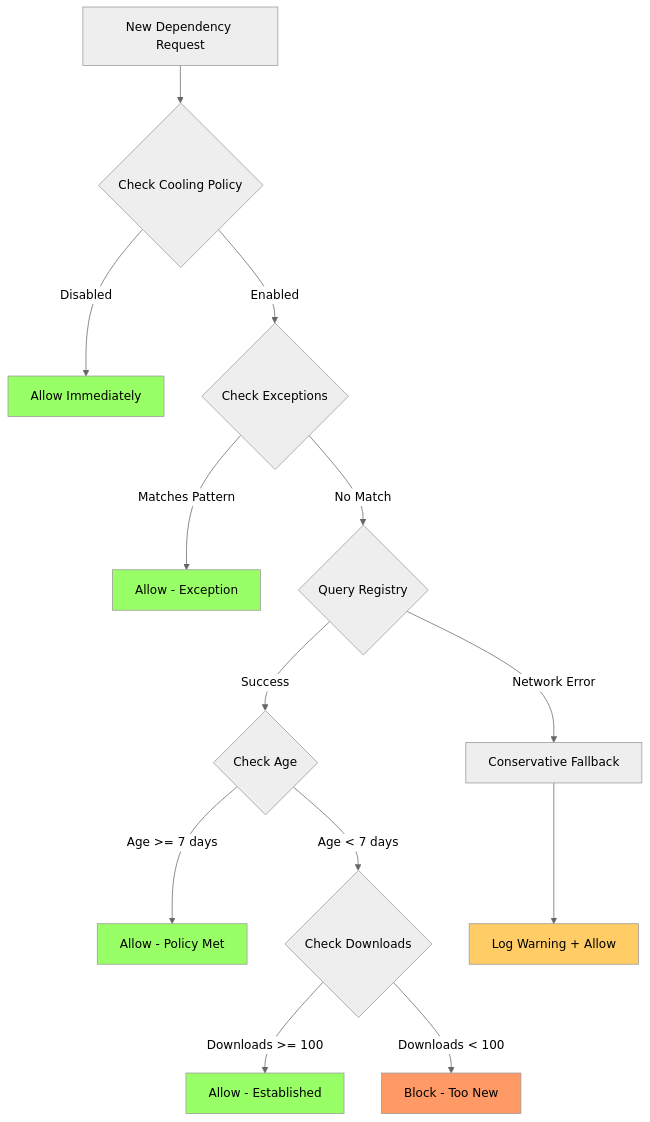
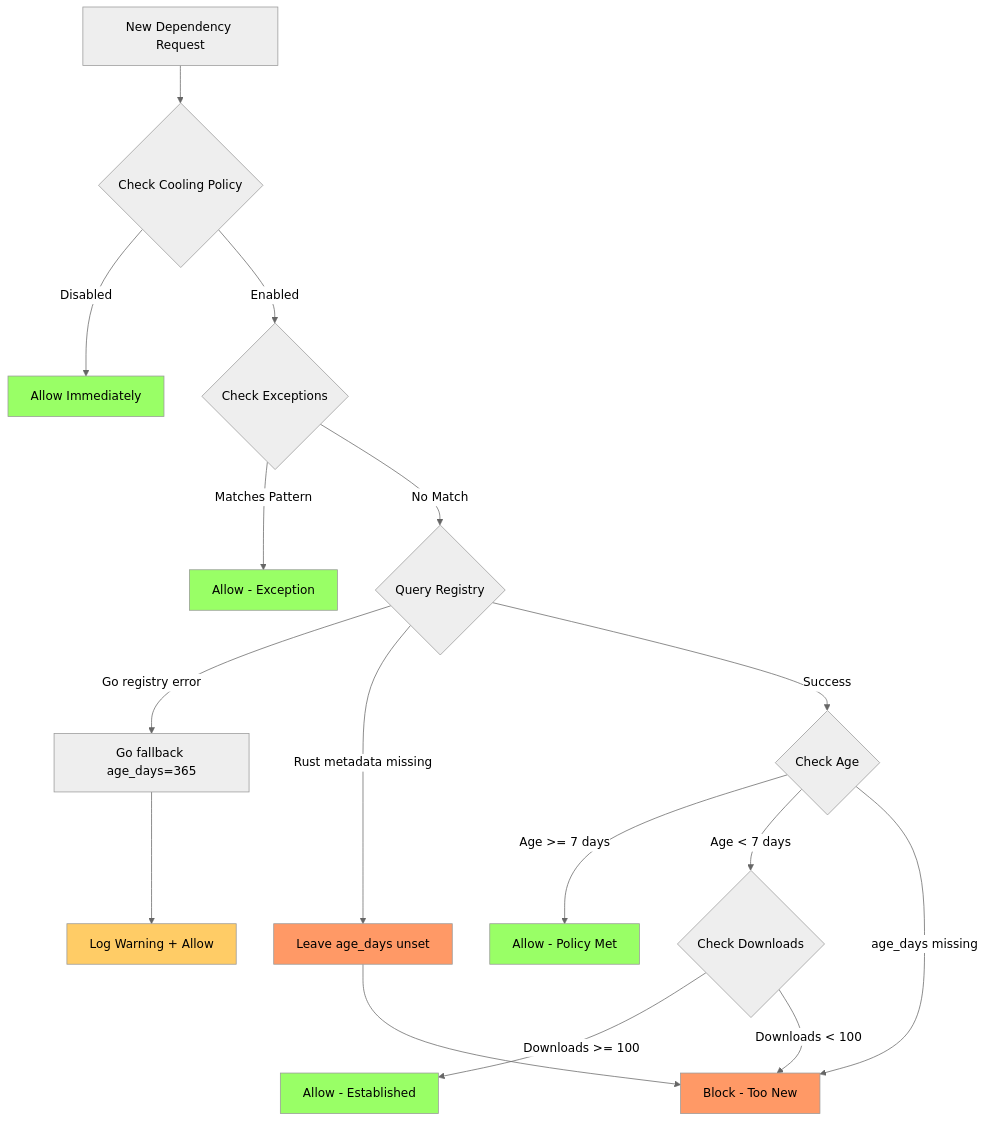
The third of 3 diagrams in internal/assets/embedded_docs/docs/guides/package-cooling-policy.md (fulmenhq/goneat), drawn with Mermaid (neutral theme) before and after one commit. The commit also changed other lines of this file and 28 other files, not shown here.

````diff
--- a/internal/assets/embedded_docs/docs/guides/package-cooling-policy.md
+++ b/internal/assets/embedded_docs/docs/guides/package-cooling-policy.md
@@ -95,27 +95,31 @@
 ```mermaid
 graph TD
     A[New Dependency Request] --> B{Check Cooling Policy}
     B -->|Disabled| C[Allow Immediately]
     B -->|Enabled| D{Check Exceptions}
 
     D -->|Matches Pattern| E[Allow - Exception]
     D -->|No Match| F{Query Registry}
 
-    F -->|Network Error| G[Conservative Fallback]
+    F -->|Go registry error| G[Go fallback age_days=365]
+    F -->|Rust metadata missing| N[Leave age_days unset]
     F -->|Success| H{Check Age}
 
     H -->|Age >= 7 days| I[Allow - Policy Met]
     H -->|Age < 7 days| J{Check Downloads}
+    H -->|age_days missing| L[Block - Unknown Age]
 
     J -->|Downloads >= 100| K[Allow - Established]
     J -->|Downloads < 100| L[Block - Too New]
 
     G --> M[Log Warning + Allow]
+    N --> L
 
     style C fill:#9f6
     style E fill:#9f6
     style I fill:#9f6
     style K fill:#9f6
     style M fill:#fc6
     style L fill:#f96
+    style N fill:#f96
 ```
````
